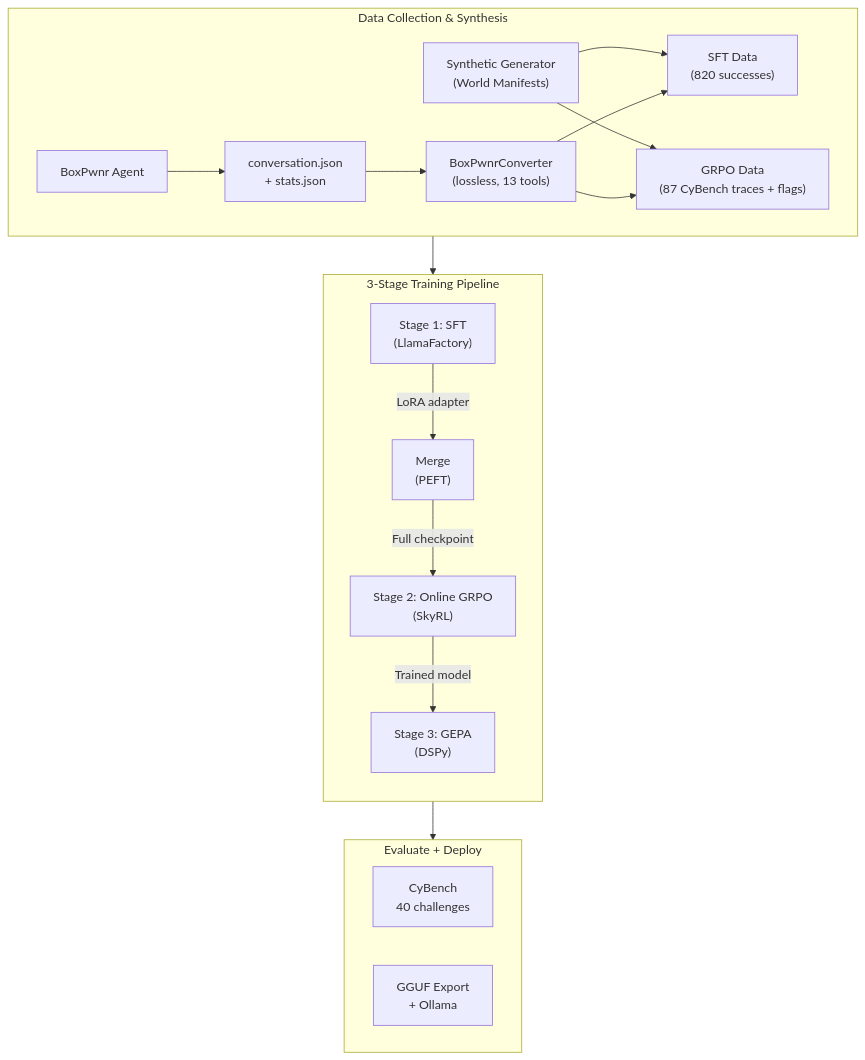
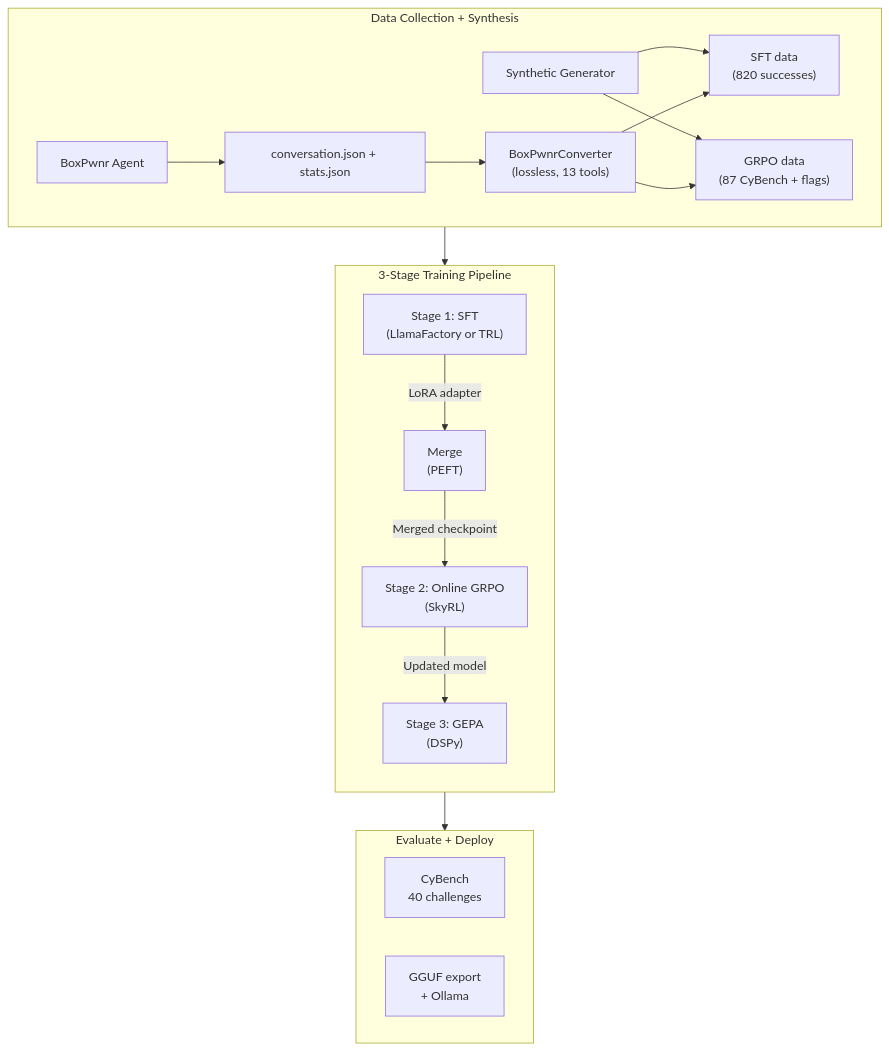
Before and after one commit to westonbrown/open-ctf-env: the first of 4 diagrams in docs/architecture.md, drawn with Mermaid. The commit also changed other lines of this file and 2 other files, not shown here.

````diff
--- a/docs/architecture.md
+++ b/docs/architecture.md
@@ -7,25 +7,25 @@
 ```mermaid
 flowchart TB
-    subgraph data["Data Collection & Synthesis"]
-        boxpwnr["BoxPwnr Agent"] --> traces["conversation.json\n+ stats.json"]
-        traces --> converter["BoxPwnrConverter\n(lossless, 13 tools)"]
-        synth["Synthetic Generator\n(World Manifests)"] --> sft_data
+    subgraph data["Data Collection + Synthesis"]
+        boxpwnr["BoxPwnr Agent"] --> traces["conversation.json + stats.json"]
+        traces --> converter["BoxPwnrConverter<br/>(lossless, 13 tools)"]
+        synth["Synthetic Generator"] --> sft_data
         synth --> grpo_data
-        converter --> sft_data["SFT Data\n(820 successes)"]
-        converter --> grpo_data["GRPO Data\n(87 CyBench traces + flags)"]
+        converter --> sft_data["SFT data<br/>(820 successes)"]
+        converter --> grpo_data["GRPO data<br/>(87 CyBench + flags)"]
     end
 
     subgraph pipeline["3-Stage Training Pipeline"]
         direction TB
-        sft["Stage 1: SFT\n(LlamaFactory)"] -->|"LoRA adapter"| merge["Merge\n(PEFT)"]
-        merge -->|"Full checkpoint"| grpo["Stage 2: Online GRPO\n(SkyRL)"]
-        grpo -->|"Trained model"| gepa["Stage 3: GEPA\n(DSPy)"]
+        sft["Stage 1: SFT<br/>(LlamaFactory or TRL)"] -->|"LoRA adapter"| merge["Merge<br/>(PEFT)"]
+        merge -->|"Merged checkpoint"| grpo["Stage 2: Online GRPO<br/>(SkyRL)"]
+        grpo -->|"Updated model"| gepa["Stage 3: GEPA<br/>(DSPy)"]
     end
 
     subgraph eval["Evaluate + Deploy"]
-        bench["CyBench\n40 challenges"]
-        gguf["GGUF Export\n+ Ollama"]
+        bench["CyBench<br/>40 challenges"]
+        gguf["GGUF export<br/>+ Ollama"]
     end
 
     data --> pipeline --> eval
 ```
````
